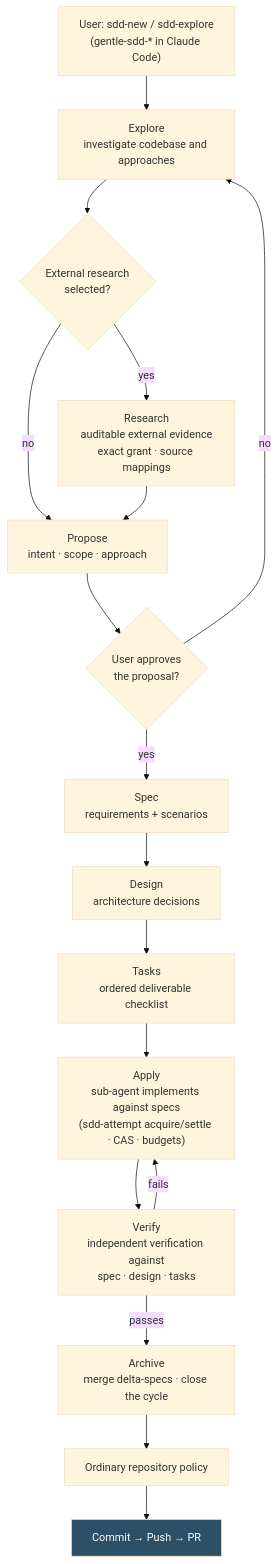
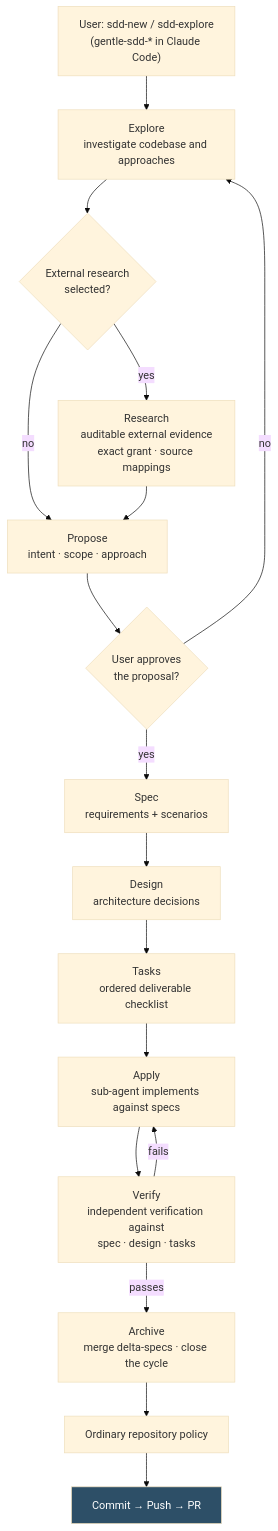
One commit to 0xErwin1/gentle-ai changed the diagram in docs/intended-usage.md. Above: the diagram before and after it, drawn with Mermaid (base theme). The commit also changed 168 other files, not shown here.

First line of the commit message:
refactor(sdd)!: retire attempt governance and preserve edit grants

````diff
--- a/docs/intended-usage.md
+++ b/docs/intended-usage.md
@@ -183,21 +183,21 @@
 ```mermaid
 flowchart TD
     A["User: sdd-new / sdd-explore<br/>(gentle-sdd-* in Claude Code)"] --> B["Explore<br/>investigate codebase and approaches"]
     B --> BR{"External research<br/>selected?"}
     BR -->|"yes"| BX["Research<br/>auditable external evidence<br/>exact grant · source mappings"]
     BR -->|"no"| C["Propose<br/>intent · scope · approach"]
     BX --> C
     C --> D{"User approves<br/>the proposal?"}
     D -->|"no"| B
     D -->|"yes"| E["Spec<br/>requirements + scenarios"]
     E --> F["Design<br/>architecture decisions"]
     F --> G["Tasks<br/>ordered deliverable checklist"]
-    G --> H["Apply<br/>sub-agent implements against specs<br/>(sdd-attempt acquire/settle · CAS · budgets)"]
+    G --> H["Apply<br/>sub-agent implements against specs"]
     H --> Q["Verify<br/>independent verification against<br/>spec · design · tasks"]
     Q -->|"passes"| R["Archive<br/>merge delta-specs · close the cycle"]
     Q -->|"fails"| H
     R --> S["Ordinary repository policy"]
     S --> T["Commit → Push → PR"]
 
     style T fill:#2D4F67,color:#fff
 ```
````
